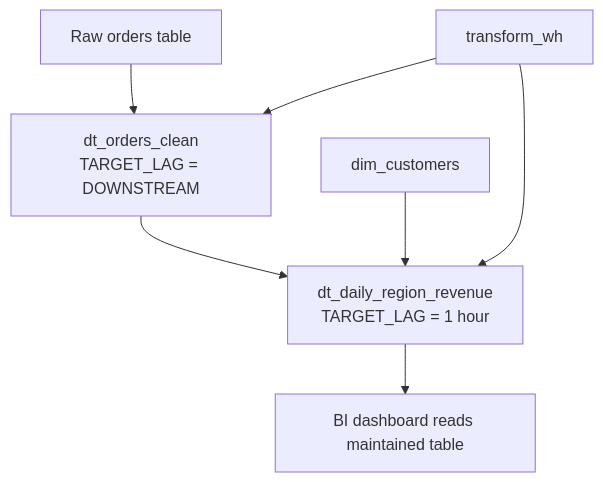
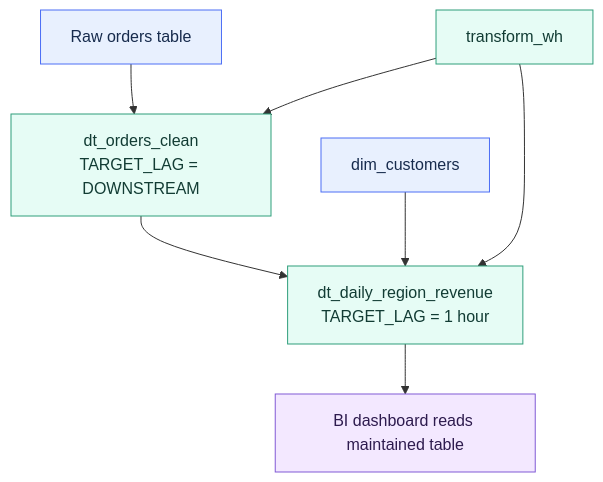
The diagram in 01 Snowflake/02 Performance and Optimization/08 Dynamic Tables.md (shonningsoy/Upskill), drawn with Mermaid before and after one commit. The commit also changed other lines of this file and 6 other files, not shown here.

````diff
--- a/01 Snowflake/02 Performance and Optimization/08 Dynamic Tables.md
+++ b/01 Snowflake/02 Performance and Optimization/08 Dynamic Tables.md
@@ -67,9 +69,19 @@
 ```mermaid
 flowchart TD
     A["Raw orders table"] --> B["dt_orders_clean<br/>TARGET_LAG = DOWNSTREAM"]
     B --> C["dt_daily_region_revenue<br/>TARGET_LAG = 1 hour"]
     D["dim_customers"] --> C
     C --> E["BI dashboard reads maintained table"]
     F["transform_wh"] --> B
     F --> C
+
+    classDef input fill:#E8F0FE,stroke:#4C6EF5,color:#172B4D
+    classDef control fill:#FFF3BF,stroke:#D69E2E,color:#3D2E00
+    classDef snowflake fill:#E6FCF5,stroke:#2F9E7B,color:#123C34
+    classDef platform fill:#F1F3F5,stroke:#868E96,color:#212529
+    classDef output fill:#F3E8FF,stroke:#805AD5,color:#2D1B4E
+
+    class A,D input
+    class B,C,F snowflake
+    class E output
 ```
````
